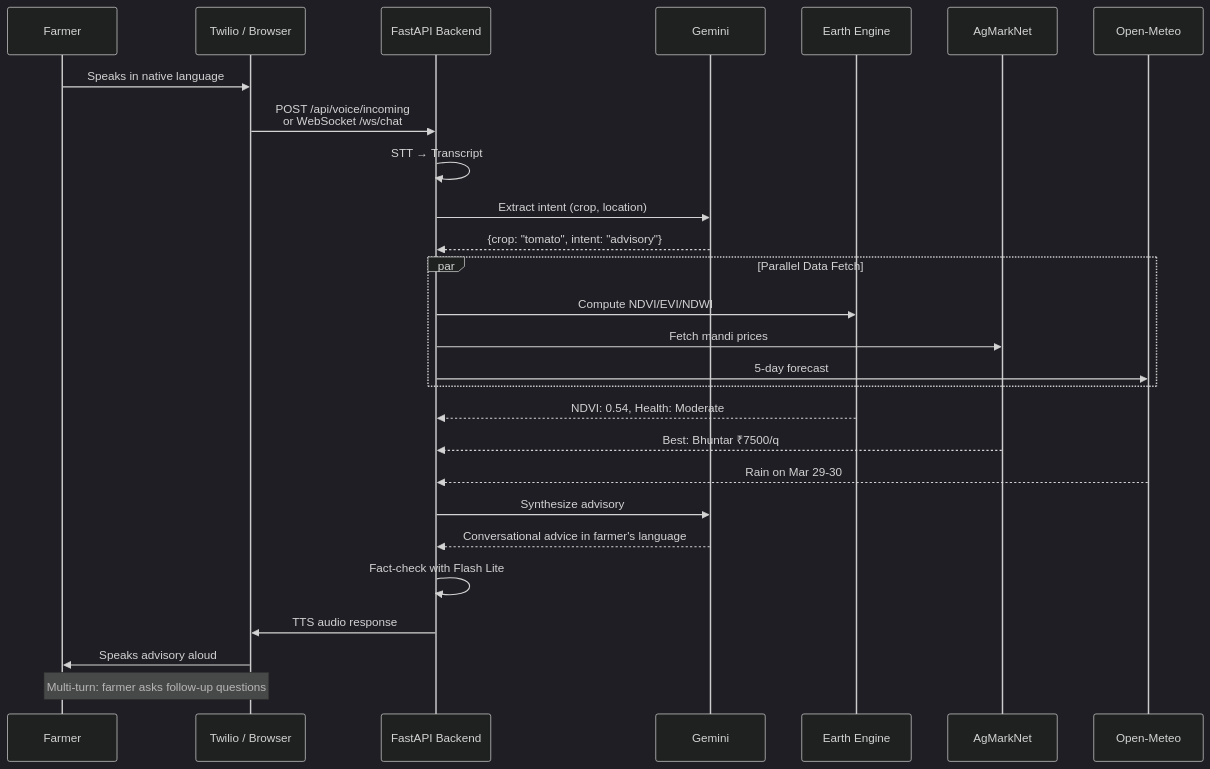
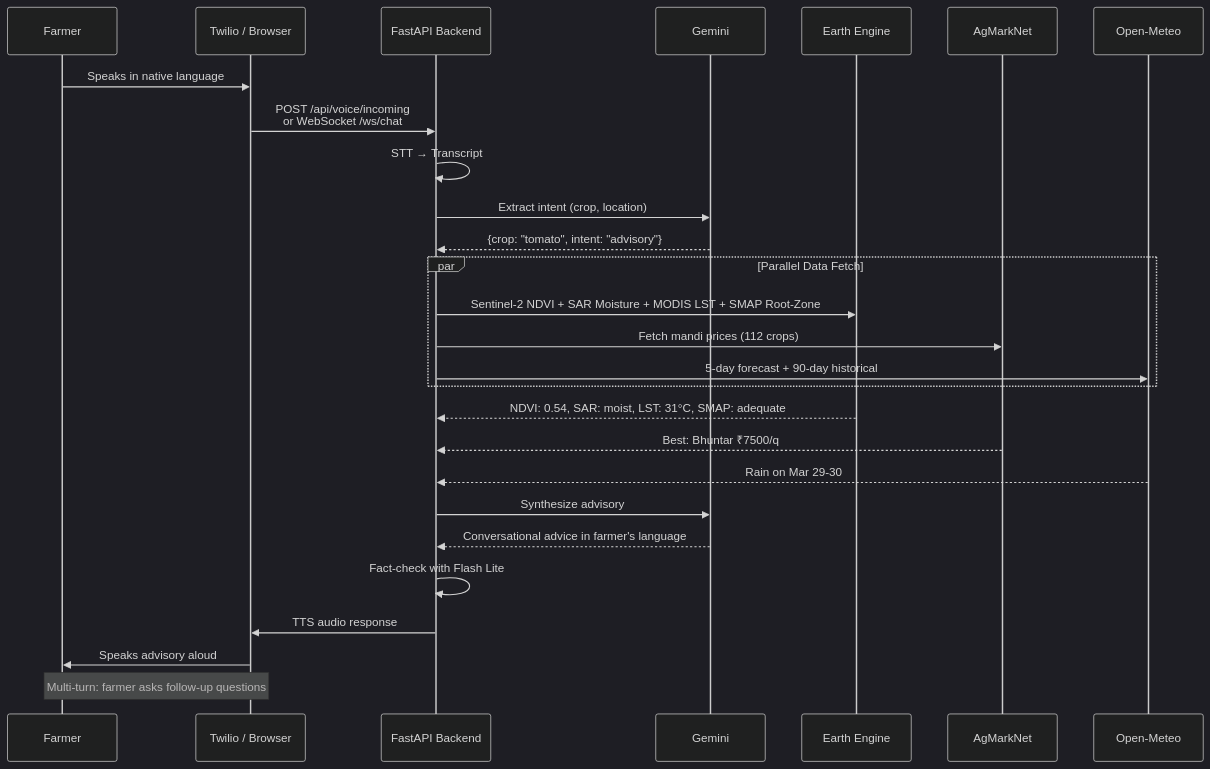
The second of 2 diagrams in README.md (divyamohan1993/kisanmind), drawn with Mermaid (dark theme) before and after one commit. The commit also changed other lines of this file, not shown here.

````diff
--- a/README.md
+++ b/README.md
@@ -112,34 +115,34 @@
 ```mermaid
 sequenceDiagram
     participant F as Farmer
     participant T as Twilio / Browser
     participant BE as FastAPI Backend
     participant G as Gemini
     participant EE as Earth Engine
     participant AM as AgMarkNet
     participant WX as Open-Meteo
 
     F->>T: Speaks in native language
     T->>BE: POST /api/voice/incoming<br/>or WebSocket /ws/chat
     BE->>BE: STT → Transcript
     BE->>G: Extract intent (crop, location)
     G-->>BE: {crop: "tomato", intent: "advisory"}
 
     par Parallel Data Fetch
-        BE->>EE: Compute NDVI/EVI/NDWI
-        BE->>AM: Fetch mandi prices
-        BE->>WX: 5-day forecast
+        BE->>EE: Sentinel-2 NDVI + SAR Moisture + MODIS LST + SMAP Root-Zone
+        BE->>AM: Fetch mandi prices (112 crops)
+        BE->>WX: 5-day forecast + 90-day historical
     end
 
-    EE-->>BE: NDVI: 0.54, Health: Moderate
+    EE-->>BE: NDVI: 0.54, SAR: moist, LST: 31°C, SMAP: adequate
     AM-->>BE: Best: Bhuntar ₹7500/q
     WX-->>BE: Rain on Mar 29-30
 
     BE->>G: Synthesize advisory
     G-->>BE: Conversational advice in farmer's language
     BE->>BE: Fact-check with Flash Lite
     BE->>T: TTS audio response
     T->>F: Speaks advisory aloud
 
     Note over F,T: Multi-turn: farmer asks follow-up questions
 ```
````
